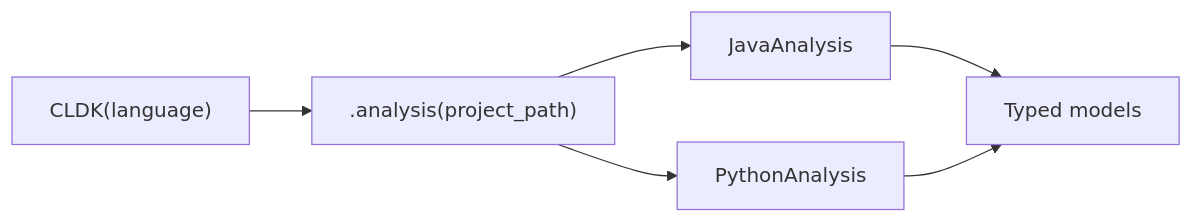
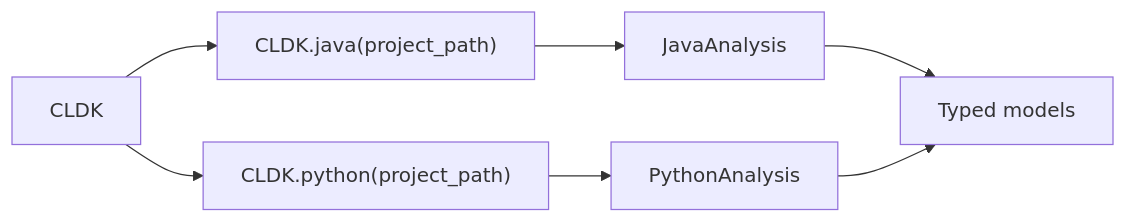
Before and after one commit to codellm-devkit/docs: the diagram in src/content/docs/reference/python-api/core.md, drawn with Mermaid. The commit also changed other lines of this file and 19 other files, not shown here.

````diff
--- a/src/content/docs/reference/python-api/core.md
+++ b/src/content/docs/reference/python-api/core.md
@@ -32,8 +32,9 @@
 ```mermaid
 flowchart LR
-    C["CLDK(language)"] --> A[".analysis(project_path)"]
-    A --> J[JavaAnalysis]
-    A --> P[PythonAnalysis]
+    C["CLDK"] --> JF["CLDK.java(project_path)"]
+    C --> PF["CLDK.python(project_path)"]
+    JF --> J[JavaAnalysis]
+    PF --> P[PythonAnalysis]
     J --> M[Typed models]
     P --> M
 ```
````
